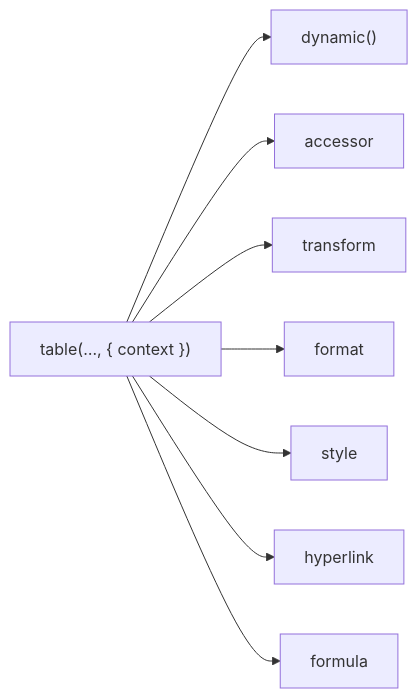
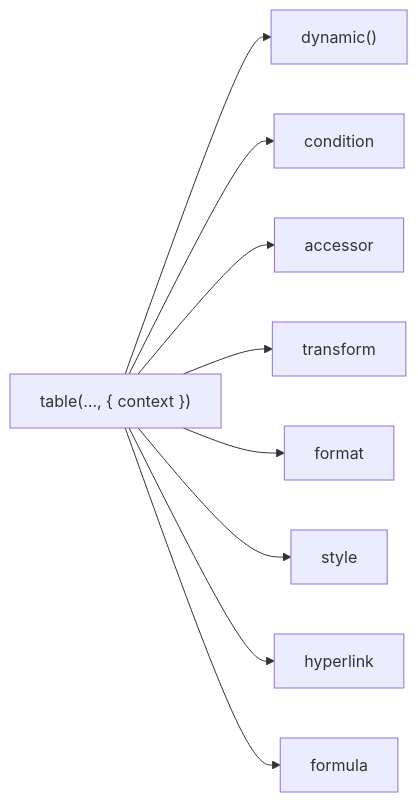
Before and after one commit to ChronicStone/typed-xlsx: the diagram in apps/docs/content/02.core-concepts/2.schema-context.md, drawn with Mermaid. The commit also changed other lines of this file and 17 other files, not shown here.

````diff
--- a/apps/docs/content/02.core-concepts/2.schema-context.md
+++ b/apps/docs/content/02.core-concepts/2.schema-context.md
@@ -26,11 +26,12 @@
 ```mermaid
 flowchart LR
   T["table(…, { context })"]
   T --> D["dynamic()"]
+  T --> C["condition"]
   T --> A["accessor"]
   T --> TR["transform"]
   T --> F["format"]
   T --> S["style"]
   T --> H["hyperlink"]
   T --> FX["formula"]
 ```
````
